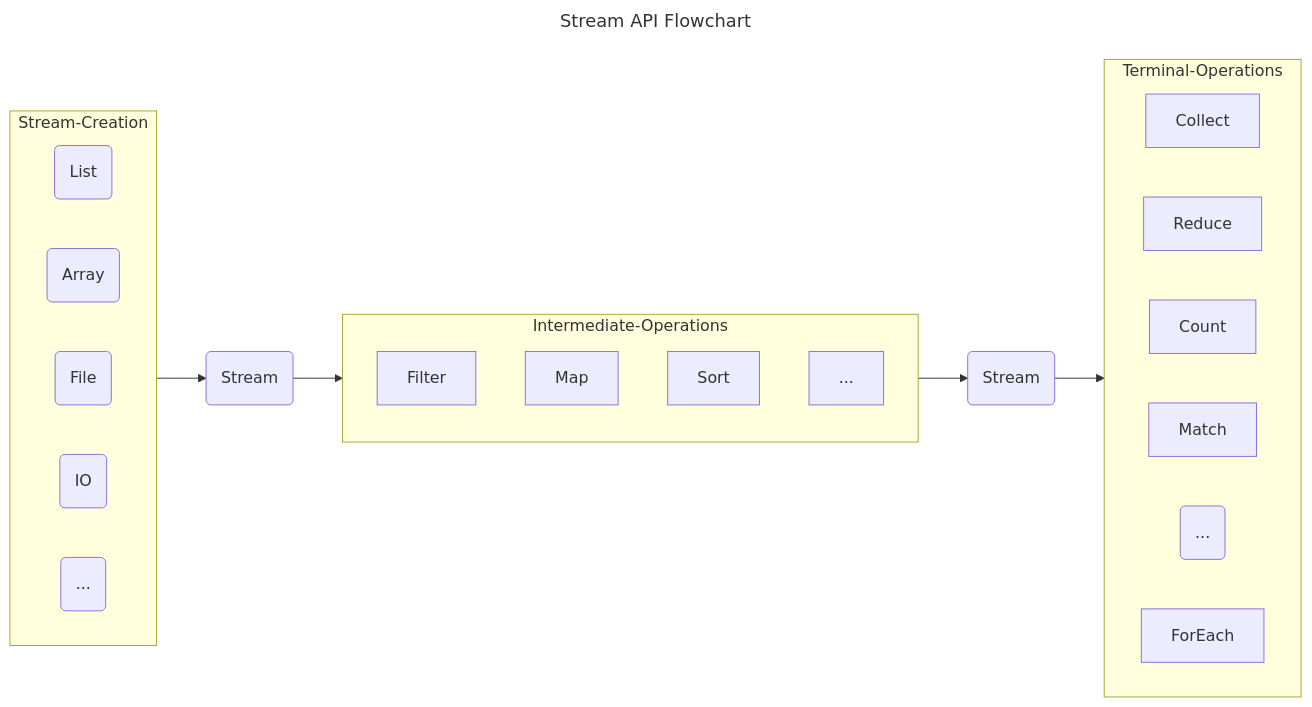
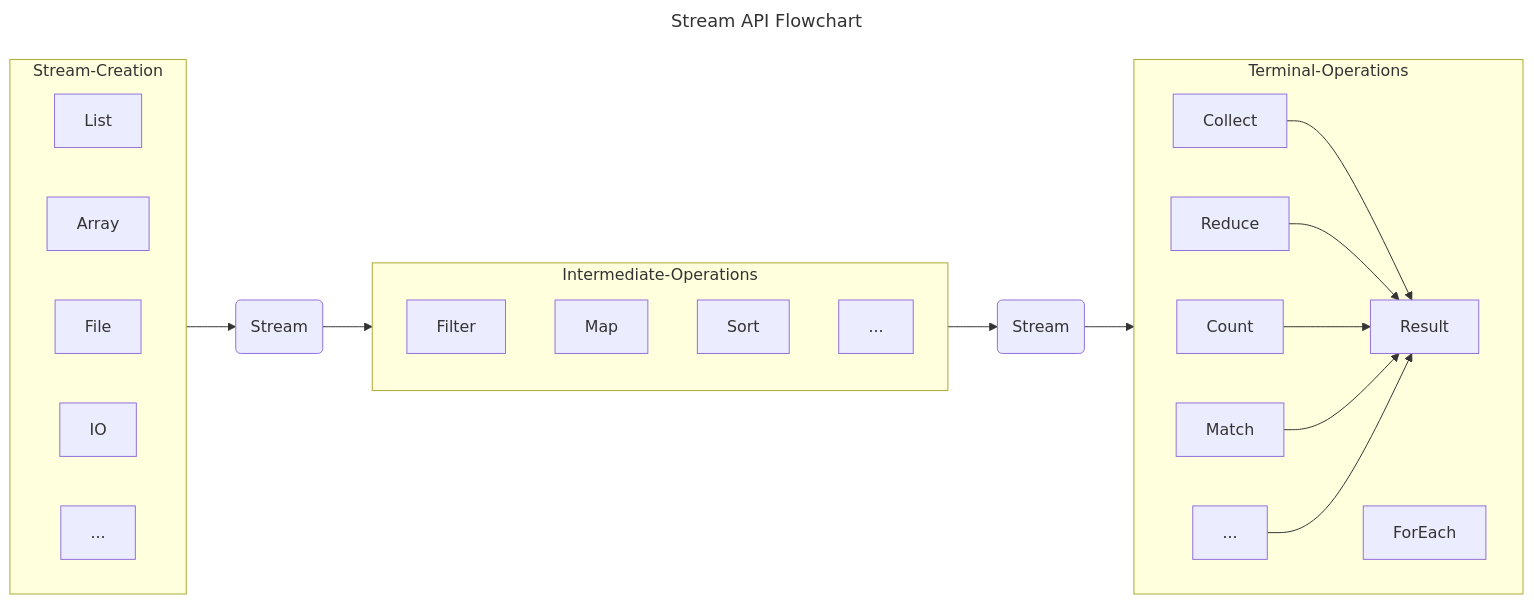
The diagram in 00-develop-notes/02-Java/Core/Stream API.md (DeltaV235/Learning-Notes), drawn with Mermaid before and after one commit. The commit also changed other lines of this file and 2 other files, not shown here.

Commit message:
docs(Stream-API): update flowchart of Stream API

````diff
--- a/00-develop-notes/02-Java/Core/Stream API.md
+++ b/00-develop-notes/02-Java/Core/Stream API.md
@@ -22,35 +23,35 @@
 ```mermaid
 ---
 title: Stream API Flowchart
 ---
 flowchart LR
     subgraph Stream-Creation
         direction LR
-        List(List)
-        Array(Array)
-        File(File)
-        IO(IO)
-        Ellipsis1(...)
+        List
+        Array
+        File
+        IO
+        Ellipsis0[...]
     end
 
     subgraph Intermediate-Operations
         direction TB
         Filter
         Map
         Sort
-        ...
+        Ellipsis1[...]
     end
 
     subgraph Terminal-Operations
         direction LR
-        Collect
-        Reduce
-        Count
-        Match
-        Ellipsis2(...)
+        Collect --> Result
+        Reduce --> Result
+        Count --> Result
+        Match --> Result
+        Ellipsis2[...] --> Result
 
         ForEach
     end
 
     Stream-Creation --> Stream1(Stream) --> Intermediate-Operations --> Stream2(Stream) --> Terminal-Operations
 ```
````
